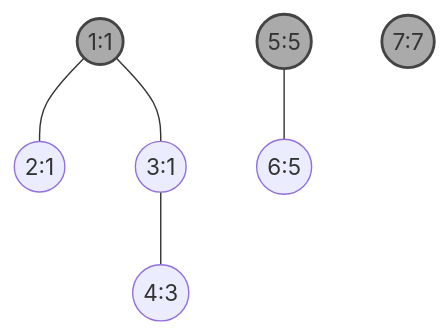
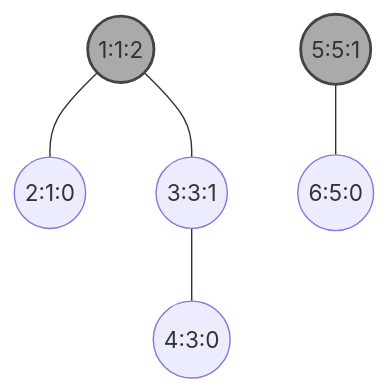
Before and after one commit to berryjune07/berryjune07.github.io: the first of 3 diagrams in _posts/computer science/algorithm/2025-07-20-disjoint-set-forest.md, drawn with Mermaid. The commit also changed other lines of this file and 189 other files, not shown here.

````diff
--- a/_posts/computer science/algorithm/2025-07-20-disjoint-set-forest.md
+++ b/_posts/computer science/algorithm/2025-07-20-disjoint-set-forest.md
@@ -48,8 +40,7 @@
 ```mermaid
 graph TD
-    A((1:1)):::root;B((2:1));C((3:1));
-    D((4:3));E((5:5)):::root;F((6:5));G((7:7)):::root;
-    A---B; A---C---D; E---F;
-
+    A((1:1:2)):::root; B((2:1:0)); C((3:3:1));
+    D((4:3:0)); E((5:5:1)):::root; F((6:5:0));
+    A---B; C---D; E---F; A---C;
     classDef root fill:#aaa,stroke:#444,stroke-width:2px;
 ```
````
